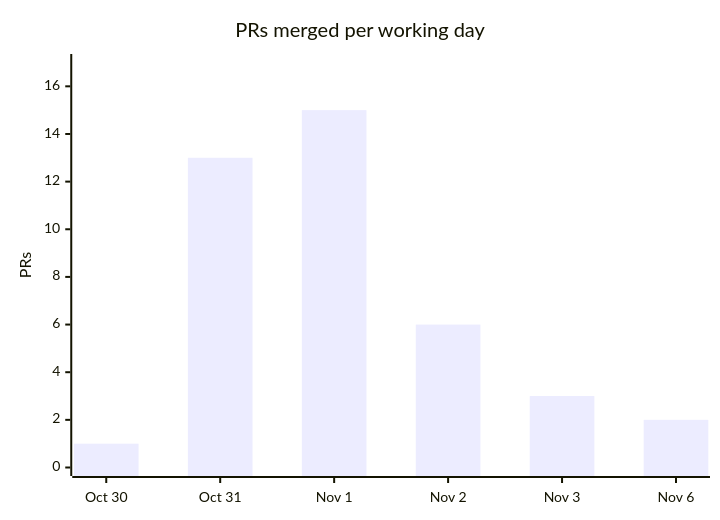
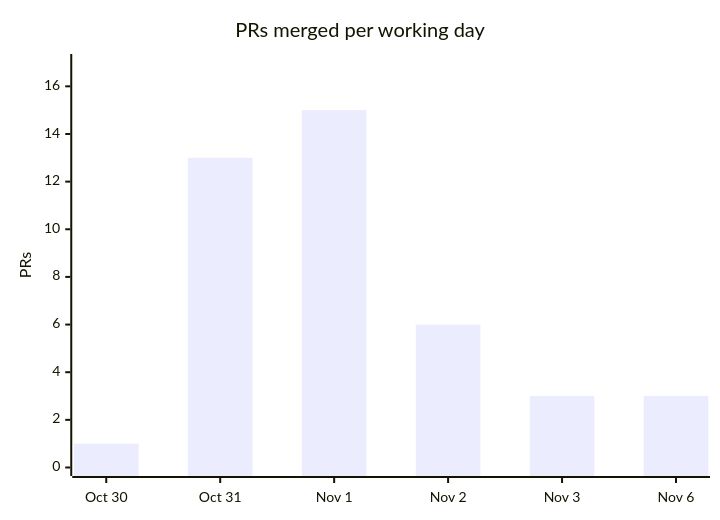
One commit to cmprssd/nfsh changed the fourth of 4 diagrams in docs/OVERVIEW.md. Above: the diagram before and after it, drawn with Mermaid. The commit also changed other lines of this file and 2 other files, not shown here.

````diff
--- a/docs/OVERVIEW.md
+++ b/docs/OVERVIEW.md
@@ -139,7 +139,7 @@
 ```mermaid
 xychart-beta
     title "PRs merged per working day"
     x-axis ["Oct 30", "Oct 31", "Nov 1", "Nov 2", "Nov 3", "Nov 6"]
     y-axis "PRs" 0 --> 17
-    bar [1, 13, 15, 6, 3, 2]
+    bar [1, 13, 15, 6, 3, 3]
 ```
````
